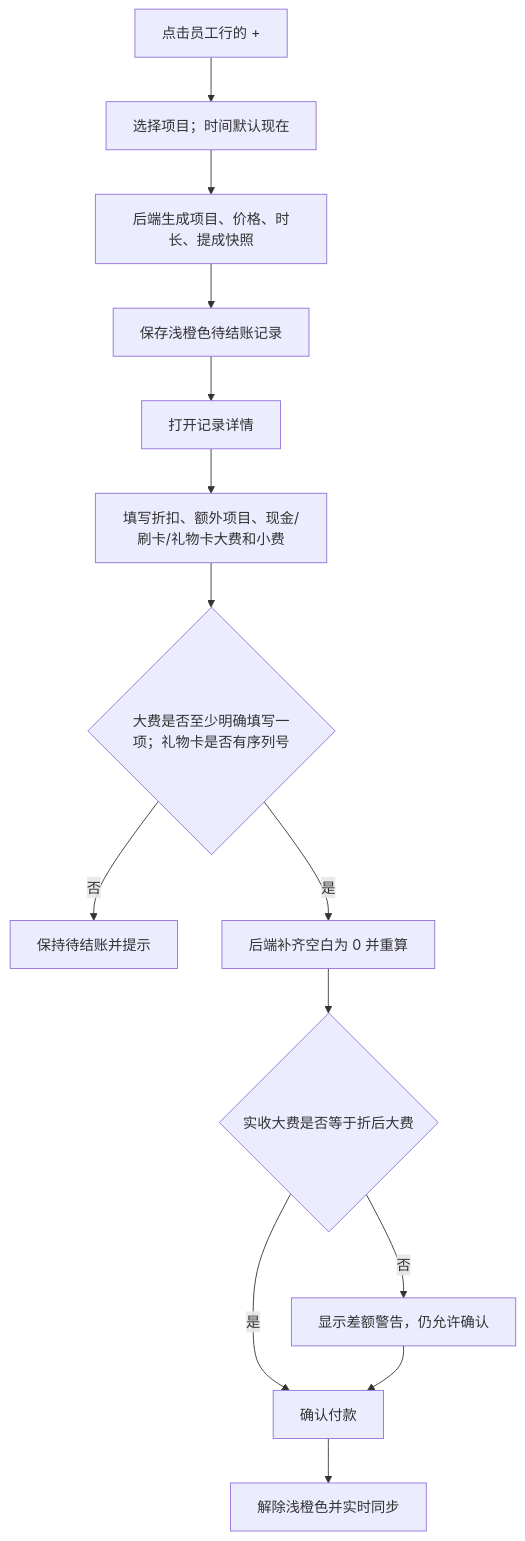
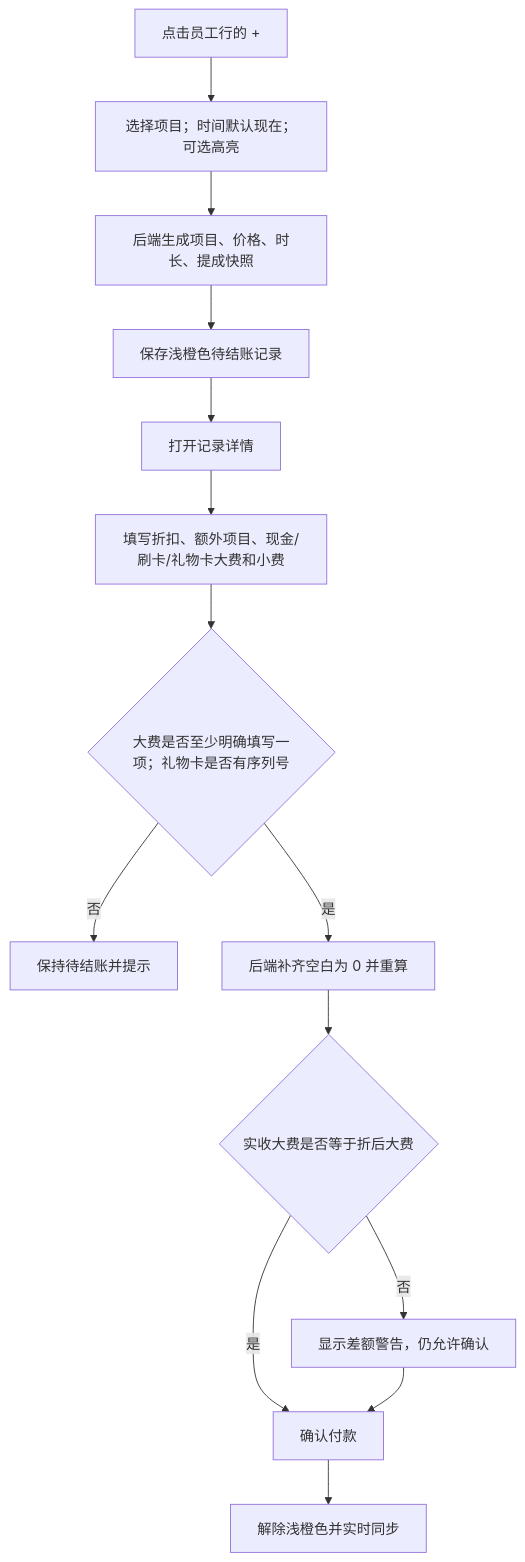
The third of 6 diagrams in ARCHITECTURE_AND_IMPLEMENTATION_PLAN.md (Redonkatonkk/massage-note), drawn with Mermaid before and after one commit. The commit also changed other lines of this file and 50 other files, not shown here.

````diff
--- a/ARCHITECTURE_AND_IMPLEMENTATION_PLAN.md
+++ b/ARCHITECTURE_AND_IMPLEMENTATION_PLAN.md
@@ -178,16 +178,16 @@
 ```mermaid
 flowchart TD
-    A["点击员工行的 +"] --> B["选择项目；时间默认现在"]
+    A["点击员工行的 +"] --> B["选择项目；时间默认现在；可选高亮"]
     B --> C["后端生成项目、价格、时长、提成快照"]
     C --> D["保存浅橙色待结账记录"]
     D --> E["打开记录详情"]
     E --> F["填写折扣、额外项目、现金/刷卡/礼物卡大费和小费"]
     F --> G{"大费是否至少明确填写一项；礼物卡是否有序列号"}
     G -- 否 --> H["保持待结账并提示"]
     G -- 是 --> I["后端补齐空白为 0 并重算"]
     I --> J{"实收大费是否等于折后大费"}
     J -- 否 --> K["显示差额警告，仍允许确认"]
     J -- 是 --> L["确认付款"]
     K --> L
     L --> M["解除浅橙色并实时同步"]
 ```
````
